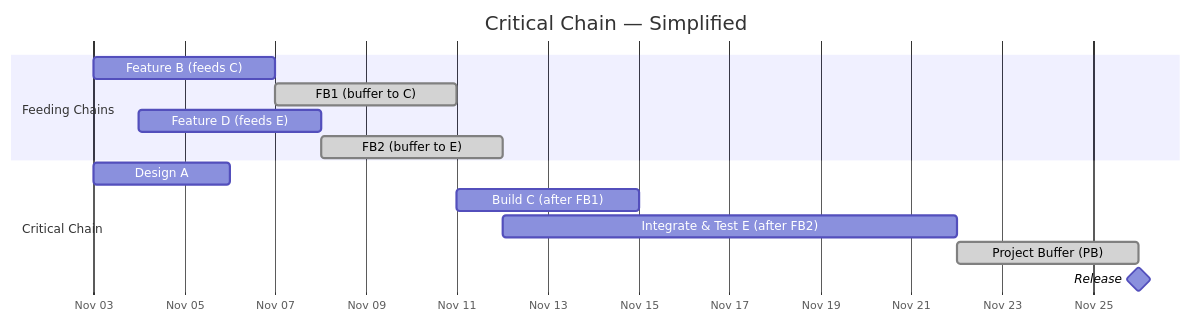
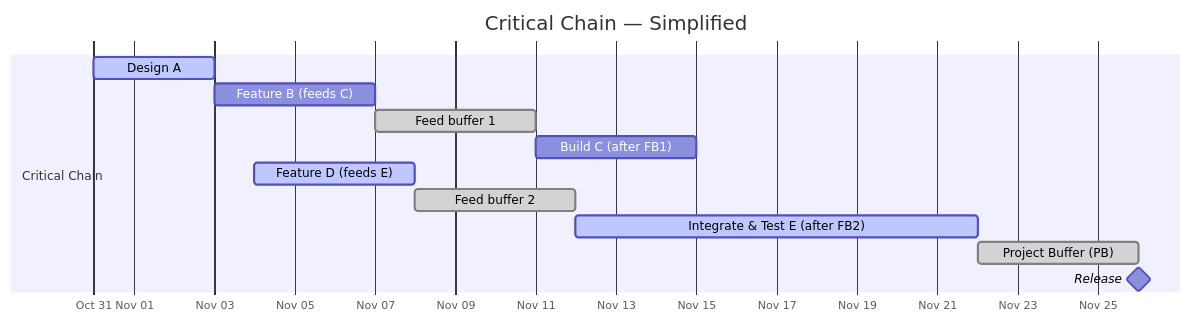
Before and after one commit to msdbok/msdbok.github.io: the third of 3 diagrams in content/plan/activities.md, drawn with Mermaid. The commit also changed 1 other file, not shown here.

````diff
--- a/content/plan/activities.md
+++ b/content/plan/activities.md
@@ -205,20 +205,29 @@
 ```mermaid
 gantt
     title Critical Chain — Simplified
     dateFormat  YYYY-MM-DD
     axisFormat  %b %d
 
-    section Feeding Chains
-    Feature B (feeds C)           :b2,           2025-11-03, 4d
-    FB1 (buffer to C)             :done, fb1b,         after b2,   4d
-    Feature D (feeds E)           :d2,           2025-11-04, 4d
-    FB2 (buffer to E)             :done, fb2b,         after d2,   4d
+
 
     section Critical Chain
-    Design A                      :a2,           2025-11-03, 3d
+    Design A                      :active, a2,           2025-10-31, 3d
+
+    Feature B (feeds C)           :b2,           2025-11-03, 4d
+    Feed buffer 1             :done, fb1b,         after b2,   4d
+    
     Build C (after FB1)           :c2,           after fb1b, 4d
-    Integrate & Test E (after FB2):e2,           after fb2b, 10d
+
+    Feature D (feeds E)           :active, d2,           2025-11-04, 4d
+    Feed buffer 2           :done, fb2b,         after d2,   4d
+    Integrate & Test E (after FB2):active, e2,           after fb2b, 10d
     Project Buffer (PB)           :done, pb2,          after e2,   4d
     Release                       :milestone,    after pb2,  0d
 
+    section Feeding Chains
+    
+
+
+
+
 ```
````
